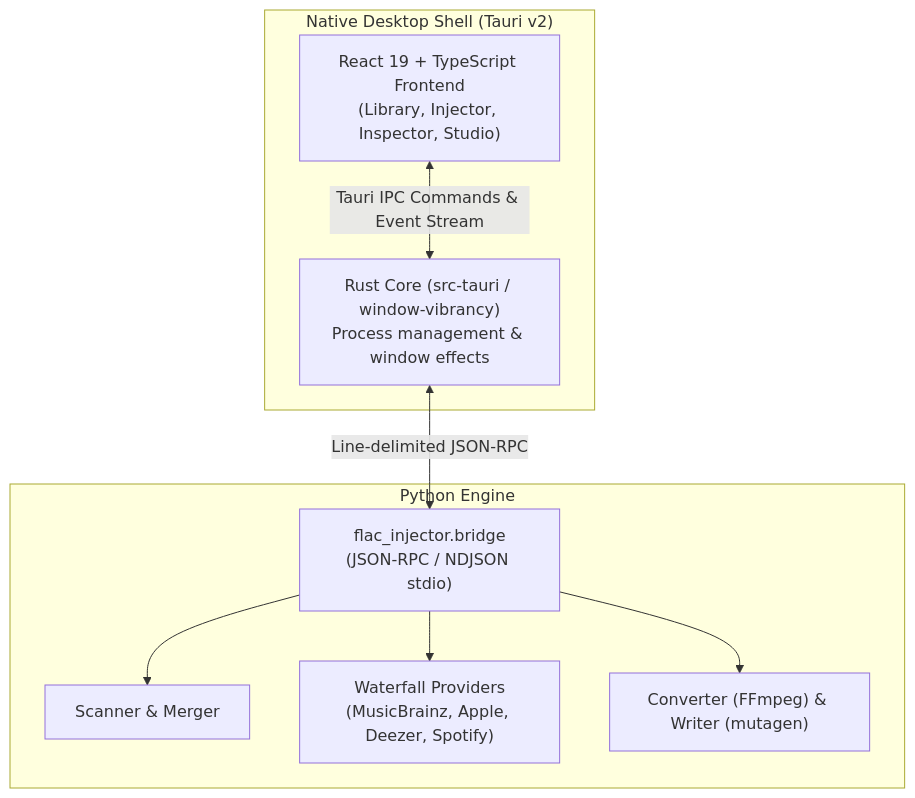
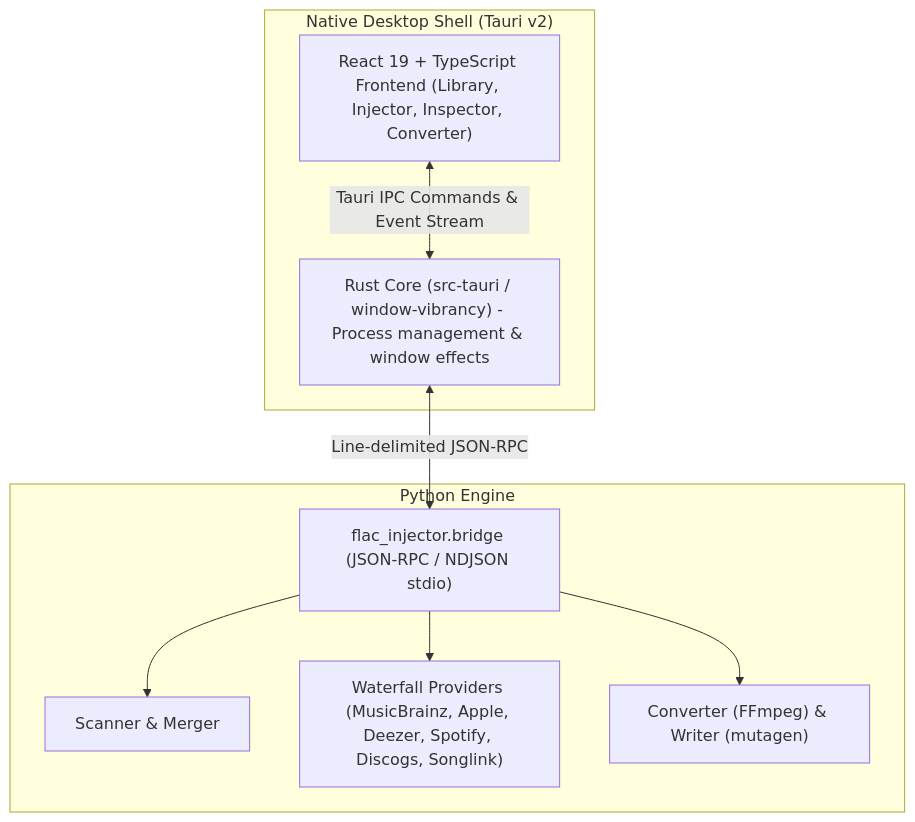
The second of 2 diagrams in README.md (PeterMaks/Audio-inject), drawn with Mermaid before and after one commit. The commit also changed other lines of this file and 1 other file, not shown here.

````diff
--- a/README.md
+++ b/README.md
@@ -450,21 +511,21 @@
 ```mermaid
 graph TD
     subgraph DesktopApp["Native Desktop Shell (Tauri v2)"]
-        UI["React 19 + TypeScript Frontend<br/>(Library, Injector, Inspector, Studio)"]
-        IPC["Rust Core (src-tauri / window-vibrancy)<br/>Process management & window effects"]
-        UI <-->|Tauri IPC Commands & Event Stream| IPC
+        UI["React 19 + TypeScript Frontend (Library, Injector, Inspector, Converter)"]
+        IPC["Rust Core (src-tauri / window-vibrancy) - Process management & window effects"]
+        UI <-->|"Tauri IPC Commands & Event Stream"| IPC
     end
 
     subgraph PythonEngine["Python Engine"]
-        Bridge["flac_injector.bridge<br/>(JSON-RPC / NDJSON stdio)"]
+        Bridge["flac_injector.bridge (JSON-RPC / NDJSON stdio)"]
         Scanner["Scanner & Merger"]
-        Providers["Waterfall Providers<br/>(MusicBrainz, Apple, Deezer, Spotify)"]
+        Providers["Waterfall Providers (MusicBrainz, Apple, Deezer, Spotify, Discogs, Songlink)"]
         Converter["Converter (FFmpeg) & Writer (mutagen)"]
 
         Bridge --> Scanner
         Bridge --> Providers
         Bridge --> Converter
     end
 
-    IPC <-->|Line-delimited JSON-RPC| Bridge
+    IPC <-->|"Line-delimited JSON-RPC"| Bridge
 ```
````
